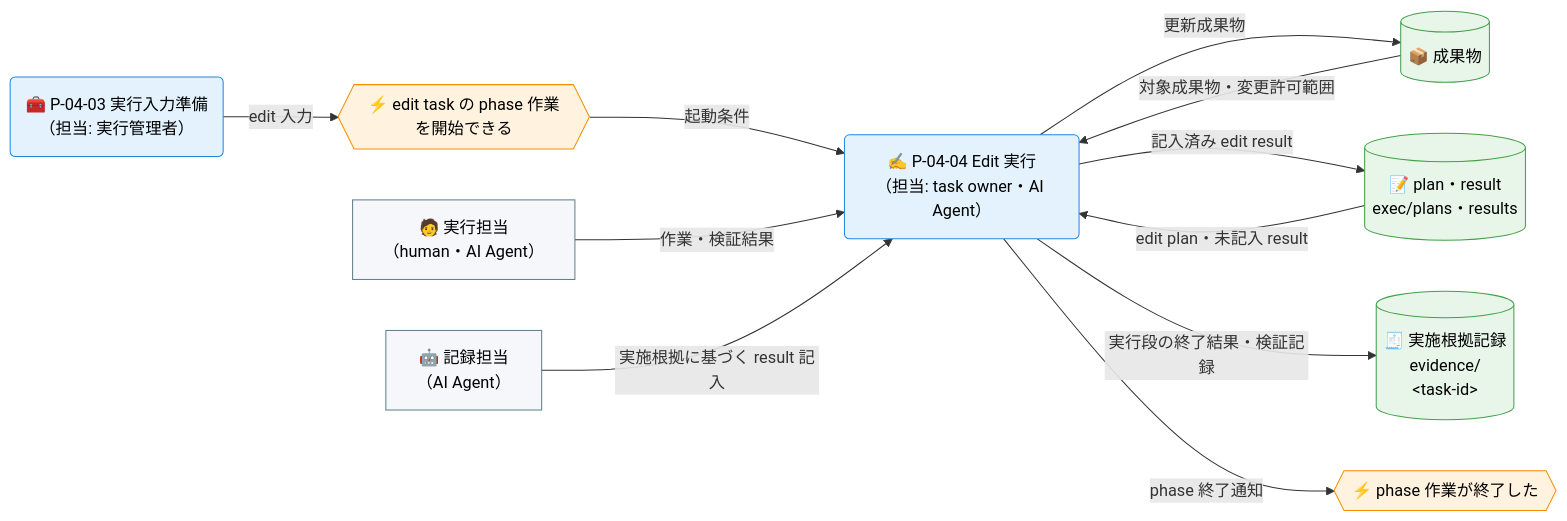
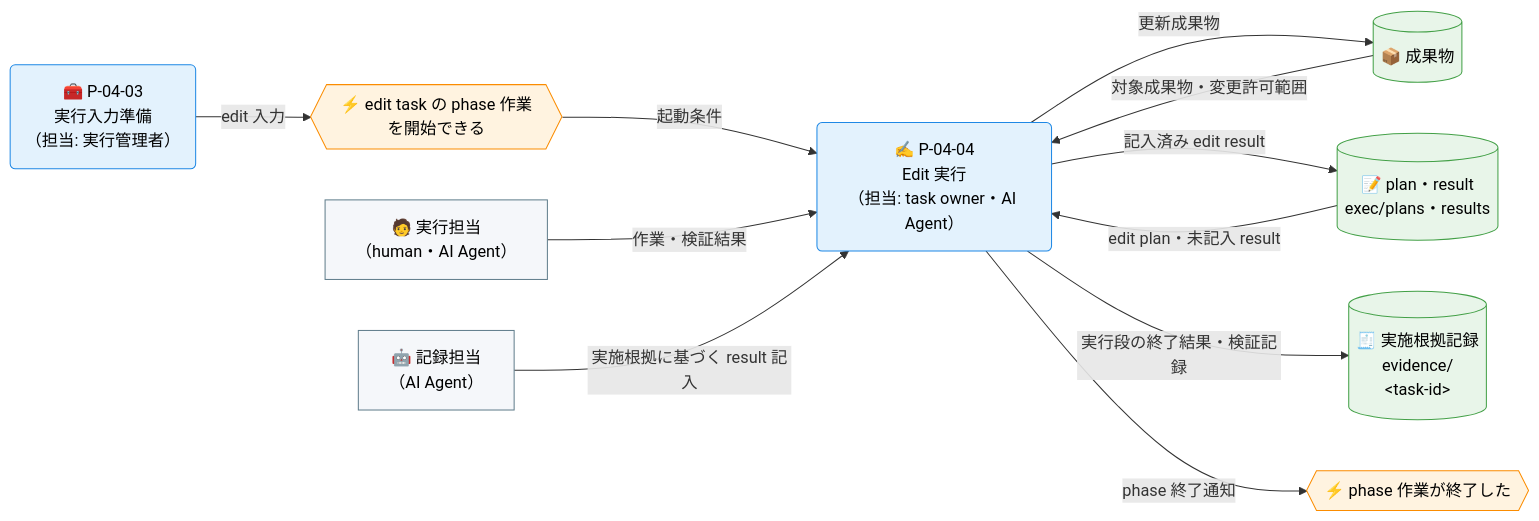
One commit to specdojo/specdojo changed the second of 4 diagrams in docs/ja/product/010-business-specs/010-data-flow/cdfd-task-execution.md. Above: the diagram before and after it, drawn with Mermaid. The commit also changed other lines of this file and 7 other files, not shown here.

````diff
--- a/docs/ja/product/010-business-specs/010-data-flow/cdfd-task-execution.md
+++ b/docs/ja/product/010-business-specs/010-data-flow/cdfd-task-execution.md
@@ -107,39 +107,39 @@
 ```mermaid
 flowchart LR
   classDef process fill:#e3f2fd,stroke:#1e88e5,color:#000
   classDef event fill:#fff3e0,stroke:#fb8c00,color:#000
   classDef storeMaster fill:#c8e6c9,stroke:#2e7d32,color:#000
   classDef storeTransaction fill:#e8f5e9,stroke:#43a047,color:#000
   classDef actor fill:#f5f7fa,stroke:#607d8b,color:#000
 
   実行担当["🧑 実行担当<br>（human・AI Agent）"]
   記録担当["🤖 記録担当<br>（AI Agent）"]
 
   edit開始{{"⚡ edit task の phase 作業を開始できる"}}
   phase終了{{"⚡ phase 作業が終了した"}}
 
-  実行入力準備("🧰 P-04-03 実行入力準備<br>（担当: 実行管理者）")
-  Edit実行("✍️ P-04-04 Edit 実行<br>（担当: task owner・AI Agent）")
+  実行入力準備("🧰 P-04-03<br>実行入力準備<br>（担当: 実行管理者）")
+  Edit実行("✍️ P-04-04<br>Edit 実行<br>（担当: task owner・AI Agent）")
 
   成果物[("📦 成果物")]
   planResult[("📝 plan・result<br>exec/plans・results")]
   実施根拠記録[("🧾 実施根拠記録<br>evidence/<br>&lt;task-id&gt;")]
 
   実行入力準備 -->|"edit 入力"| edit開始
   edit開始 -->|"起動条件"| Edit実行
 
   planResult -->|"edit plan・未記入 result"| Edit実行
   成果物 -->|"対象成果物・変更許可範囲"| Edit実行
   実行担当 -->|"作業・検証結果"| Edit実行
   記録担当 -->|"実施根拠に基づく result 記入"| Edit実行
 
   Edit実行 -->|"更新成果物"| 成果物
   Edit実行 -->|"記入済み edit result"| planResult
   Edit実行 -->|"実行段の終了結果・検証記録"| 実施根拠記録
   Edit実行 -->|"phase 終了通知"| phase終了
 
   class 実行入力準備,Edit実行 process
   class edit開始,phase終了 event
   class 成果物,planResult,実施根拠記録 storeTransaction
   class 実行担当,記録担当 actor
 ```
````
